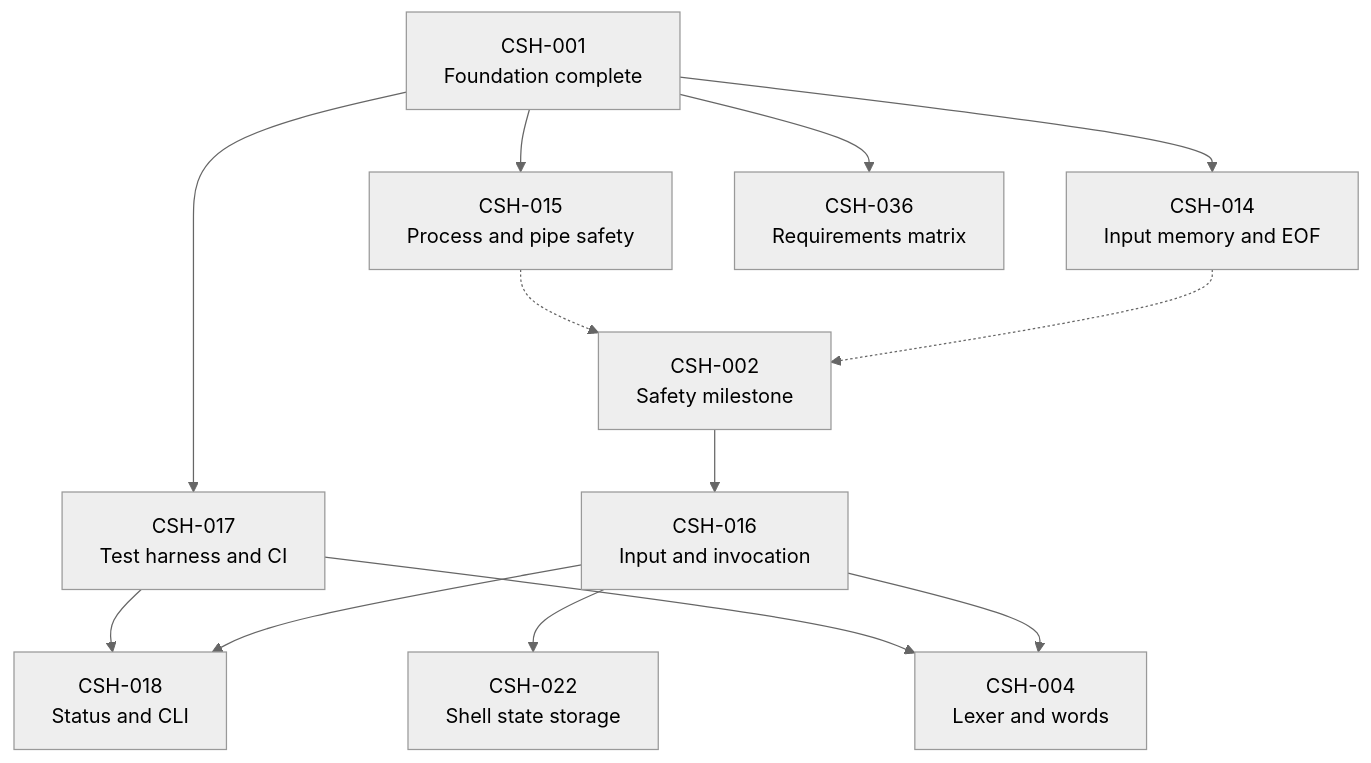
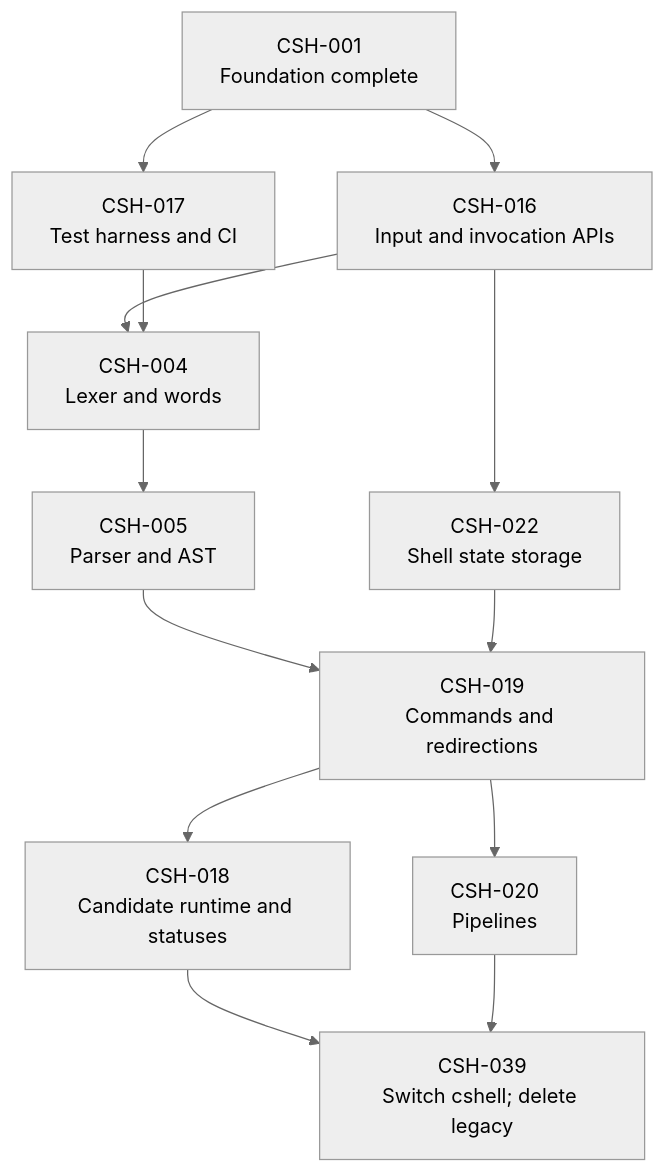
The first of 2 diagrams in docs/implementation-plan.md (melliott18/cshell), drawn with Mermaid (neutral theme) before and after one commit. The commit also changed other lines of this file and 22 other files, not shown here.

Commit message:
docs(CSH-038): remove legacy constraints and plan full runtime replacement

````diff
--- a/docs/implementation-plan.md
+++ b/docs/implementation-plan.md
@@ -23,25 +30,25 @@
 ```mermaid
 flowchart TD
     foundation["CSH-001<br/>Foundation complete"]
-    memory["CSH-014<br/>Input memory and EOF"]
-    processes["CSH-015<br/>Process and pipe safety"]
-    safety["CSH-002<br/>Safety milestone"]
     harness["CSH-017<br/>Test harness and CI"]
-    coverage["CSH-036<br/>Requirements matrix"]
-    input["CSH-016<br/>Input and invocation"]
-    status["CSH-018<br/>Status and CLI"]
+    input["CSH-016<br/>Input and invocation APIs"]
     lexer["CSH-004<br/>Lexer and words"]
+    parser["CSH-005<br/>Parser and AST"]
     state["CSH-022<br/>Shell state storage"]
-    foundation --> memory
-    foundation --> processes
+    execute["CSH-019<br/>Commands and redirections"]
+    status["CSH-018<br/>Candidate runtime and statuses"]
+    pipelines["CSH-020<br/>Pipelines"]
+    cutover["CSH-039<br/>Switch cshell; delete legacy"]
+    foundation --> input
     foundation --> harness
-    foundation --> coverage
-    memory -.-> safety
-    processes -.-> safety
-    safety --> input
-    input --> status
-    harness --> status
     input --> lexer
     harness --> lexer
     input --> state
+    lexer --> parser
+    parser --> execute
+    state --> execute
+    execute --> status
+    execute --> pipelines
+    status --> cutover
+    pipelines --> cutover
 ```
````
